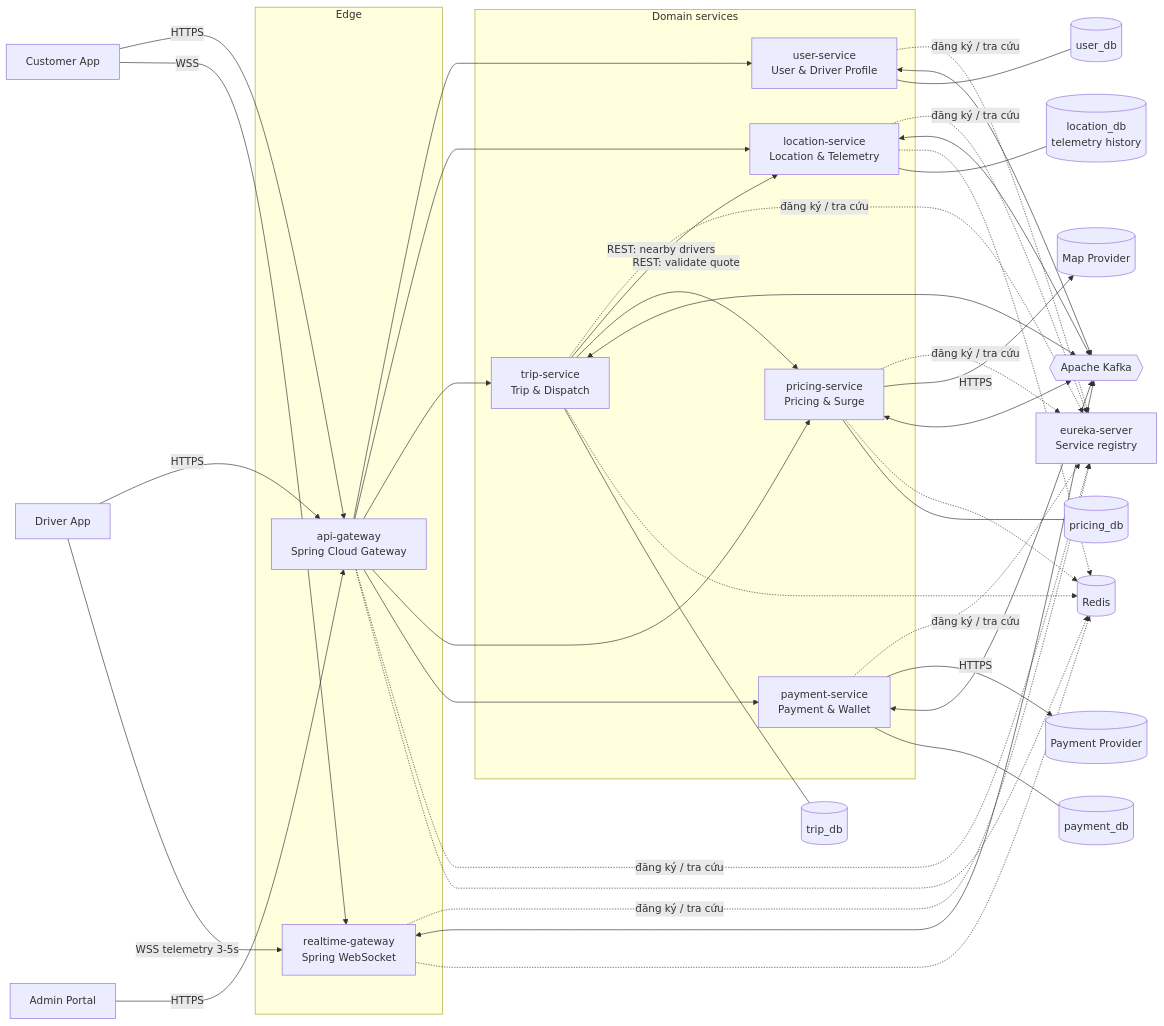
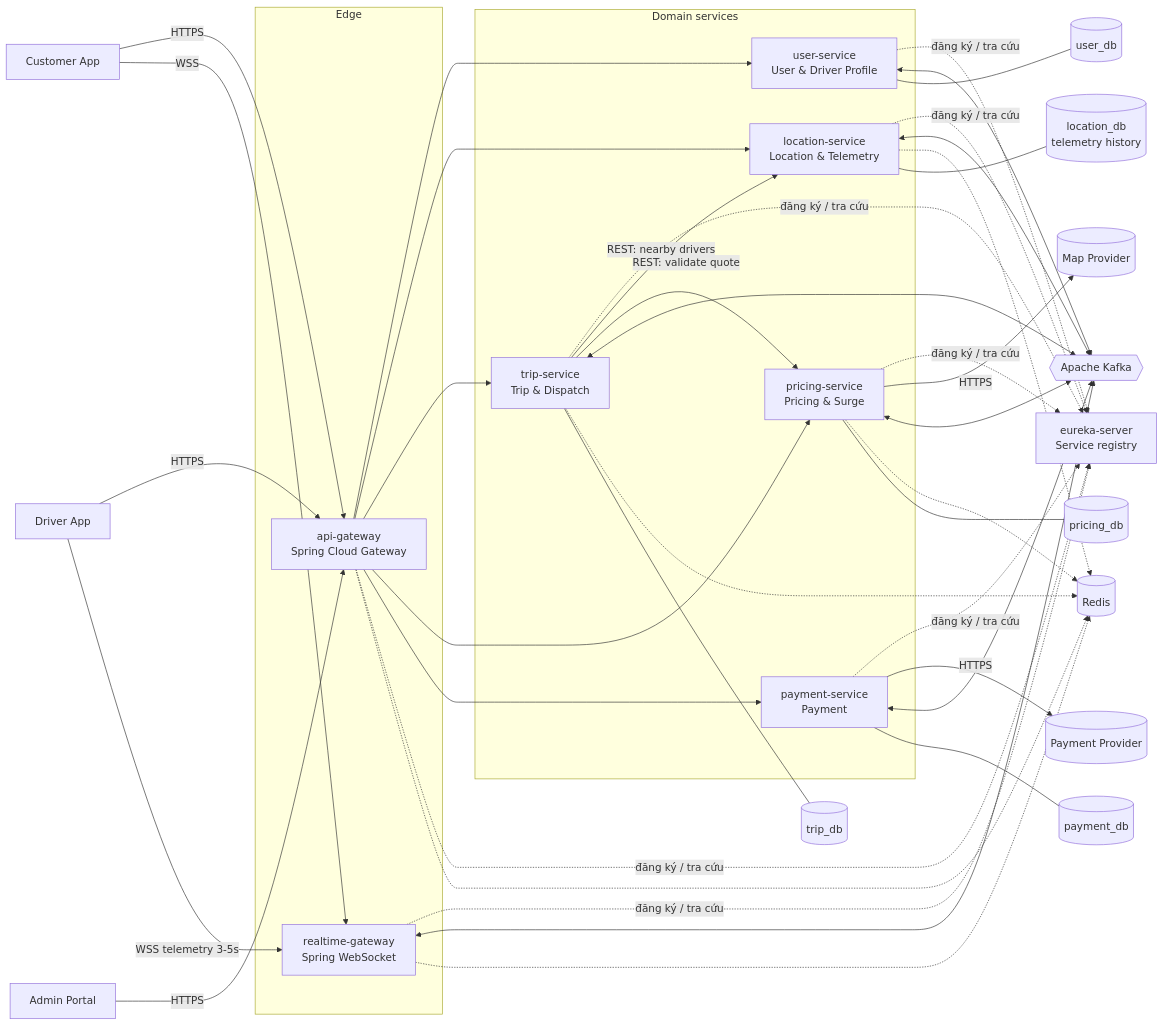
The first of 7 diagrams in README.md (Chuongpham2004/Ride-Hailing-Logistics), drawn with Mermaid before and after one commit. The commit also changed other lines of this file and 61 other files, not shown here.

````diff
--- a/README.md
+++ b/README.md
@@ -117,47 +117,47 @@
 ```mermaid
 flowchart LR
     CA[Customer App]
     DA[Driver App]
     AD[Admin Portal]
 
     subgraph EDGE[Edge]
         GW[api-gateway<br/>Spring Cloud Gateway]
         RT[realtime-gateway<br/>Spring WebSocket]
     end
 
     EUR[eureka-server<br/>Service registry]
 
     subgraph SVC[Domain services]
         USR[user-service<br/>User & Driver Profile]
         LOC[location-service<br/>Location & Telemetry]
         TRP[trip-service<br/>Trip & Dispatch]
         PRC[pricing-service<br/>Pricing & Surge]
-        PAY[payment-service<br/>Payment & Wallet]
+        PAY[payment-service<br/>Payment]
     end
 
     CA -- HTTPS --> GW
     DA -- HTTPS --> GW
     AD -- HTTPS --> GW
     CA -- WSS --> RT
     DA -- WSS telemetry 3-5s --> RT
 
     GW --> USR & LOC & TRP & PRC & PAY
     GW & RT & USR & LOC & TRP & PRC & PAY -. đăng ký / tra cứu .-> EUR
 
     TRP -- REST: nearby drivers --> LOC
     TRP -- REST: validate quote --> PRC
     PRC -- HTTPS --> MAP[(Map Provider)]
     PAY -- HTTPS --> PSP[(Payment Provider)]
 
     K{{Apache Kafka}}
     USR & LOC & TRP & PRC & PAY & RT <--> K
 
     R[(Redis)]
     GW & RT & LOC & TRP & PRC -.-> R
 
     USR --- DB1[(user_db)]
     TRP --- DB2[(trip_db)]
     PRC --- DB3[(pricing_db)]
     PAY --- DB4[(payment_db)]
     LOC --- DB5[(location_db<br/>telemetry history)]
 ```
````
